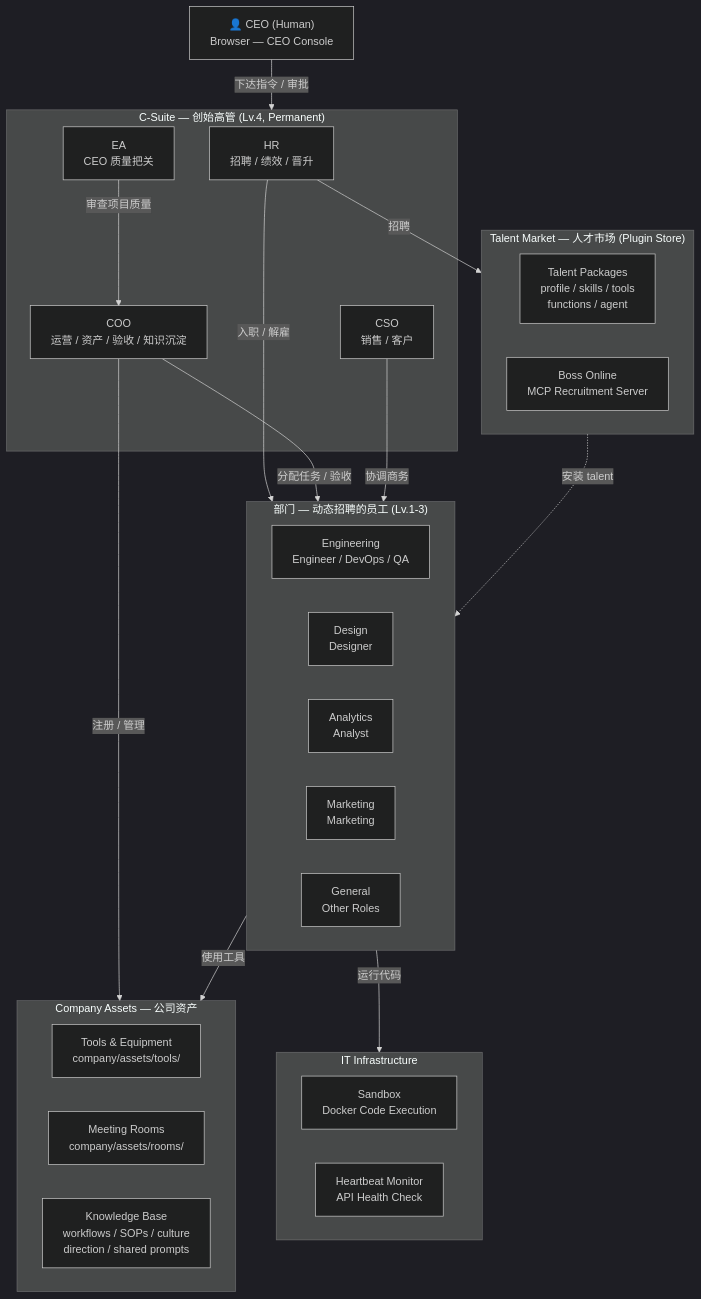
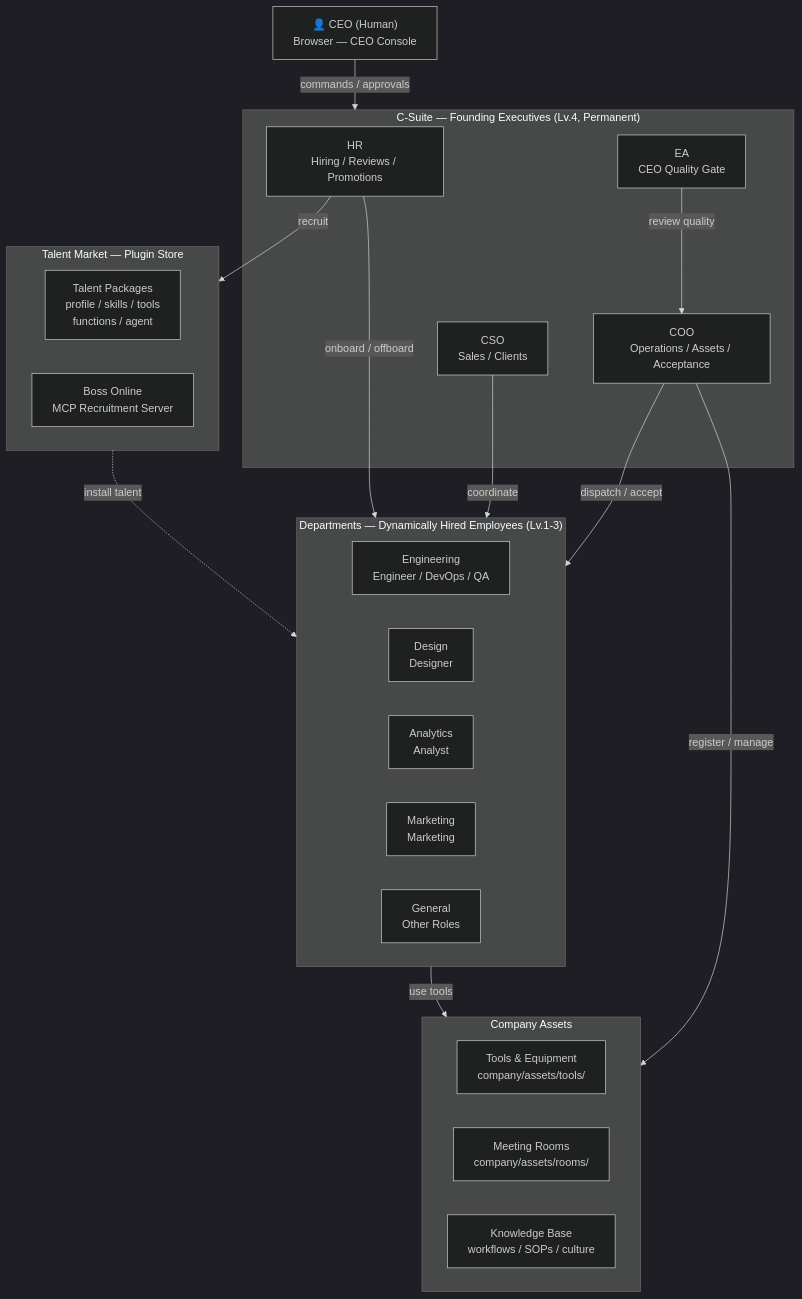
The first of 4 diagrams in README.md (1mancompany/OneManCompany), drawn with Mermaid (dark theme) before and after one commit. The commit also changed other lines of this file and 19 other files, not shown here.

````diff
--- a/README.md
+++ b/README.md
@@ -32,46 +224,40 @@
 ```mermaid
 graph TB
     CEO["👤 CEO (Human)<br>Browser — CEO Console"]
 
-    subgraph ExecFloor["C-Suite — 创始高管 (Lv.4, Permanent)"]
-        HR["HR<br>招聘 / 绩效 / 晋升"]
-        COO["COO<br>运营 / 资产 / 验收 / 知识沉淀"]
-        EA["EA<br>CEO 质量把关"]
-        CSO["CSO<br>销售 / 客户"]
+    subgraph ExecFloor["C-Suite — Founding Executives (Lv.4, Permanent)"]
+        HR["HR<br>Hiring / Reviews / Promotions"]
+        COO["COO<br>Operations / Assets / Acceptance"]
+        EA["EA<br>CEO Quality Gate"]
+        CSO["CSO<br>Sales / Clients"]
     end
 
-    subgraph Departments["部门 — 动态招聘的员工 (Lv.1-3)"]
+    subgraph Departments["Departments — Dynamically Hired Employees (Lv.1-3)"]
         Eng["Engineering<br>Engineer / DevOps / QA"]
         Design["Design<br>Designer"]
         Analytics["Analytics<br>Analyst"]
         Marketing["Marketing<br>Marketing"]
         General["General<br>Other Roles"]
     end
 
-    subgraph TalentMkt["Talent Market — 人才市场 (Plugin Store)"]
+    subgraph TalentMkt["Talent Market — Plugin Store"]
         TP["Talent Packages<br>profile / skills / tools<br>functions / agent"]
         MCP["Boss Online<br>MCP Recruitment Server"]
     end
 
-    subgraph CompanyAssets["Company Assets — 公司资产"]
+    subgraph CompanyAssets["Company Assets"]
         Tools["Tools & Equipment<br>company/assets/tools/"]
         Rooms["Meeting Rooms<br>company/assets/rooms/"]
-        Knowledge["Knowledge Base<br>workflows / SOPs / culture<br>direction / shared prompts"]
+        Knowledge["Knowledge Base<br>workflows / SOPs / culture"]
     end
 
-    subgraph IT["IT Infrastructure"]
-        Sandbox["Sandbox<br>Docker Code Execution"]
-        Monitor["Heartbeat Monitor<br>API Health Check"]
-    end
-
-    CEO -->|"下达指令 / 审批"| ExecFloor
-    HR -->|"招聘"| TalentMkt
-    HR -->|"入职 / 解雇"| Departments
-    COO -->|"分配任务 / 验收"| Departments
-    COO -->|"注册 / 管理"| CompanyAssets
-    EA -->|"审查项目质量"| COO
-    CSO -->|"协调商务"| Departments
-    Departments -->|"使用工具"| CompanyAssets
-    Departments -->|"运行代码"| IT
-    TalentMkt -.->|"安装 talent"| Departments
+    CEO -->|"commands / approvals"| ExecFloor
+    HR -->|"recruit"| TalentMkt
+    HR -->|"onboard / offboard"| Departments
+    COO -->|"dispatch / accept"| Departments
+    COO -->|"register / manage"| CompanyAssets
+    EA -->|"review quality"| COO
+    CSO -->|"coordinate"| Departments
+    Departments -->|"use tools"| CompanyAssets
+    TalentMkt -.->|"install talent"| Departments
 ```
````
